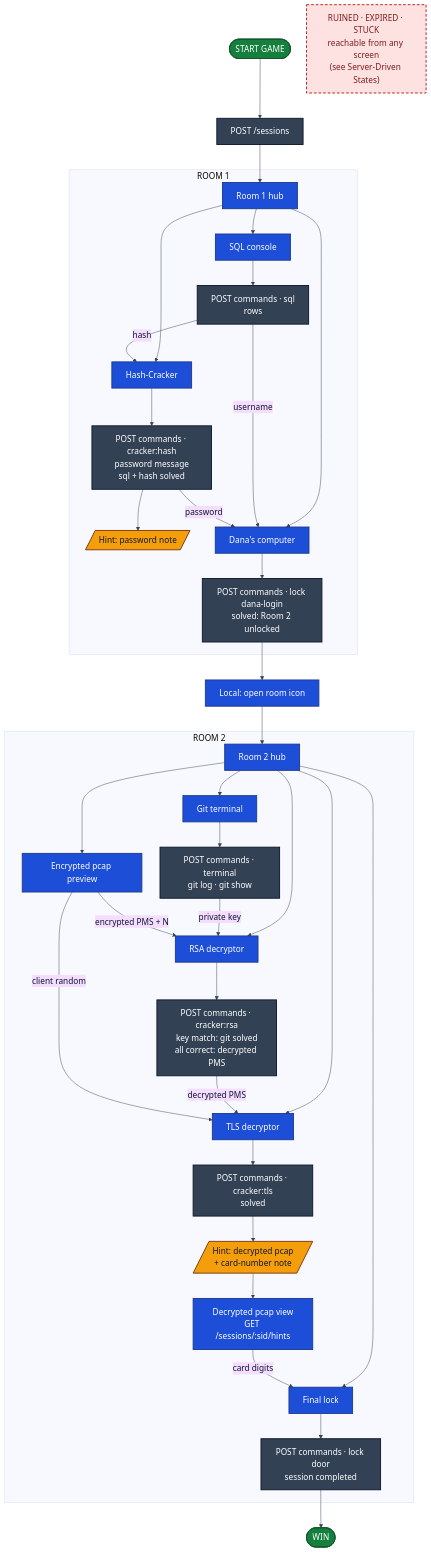
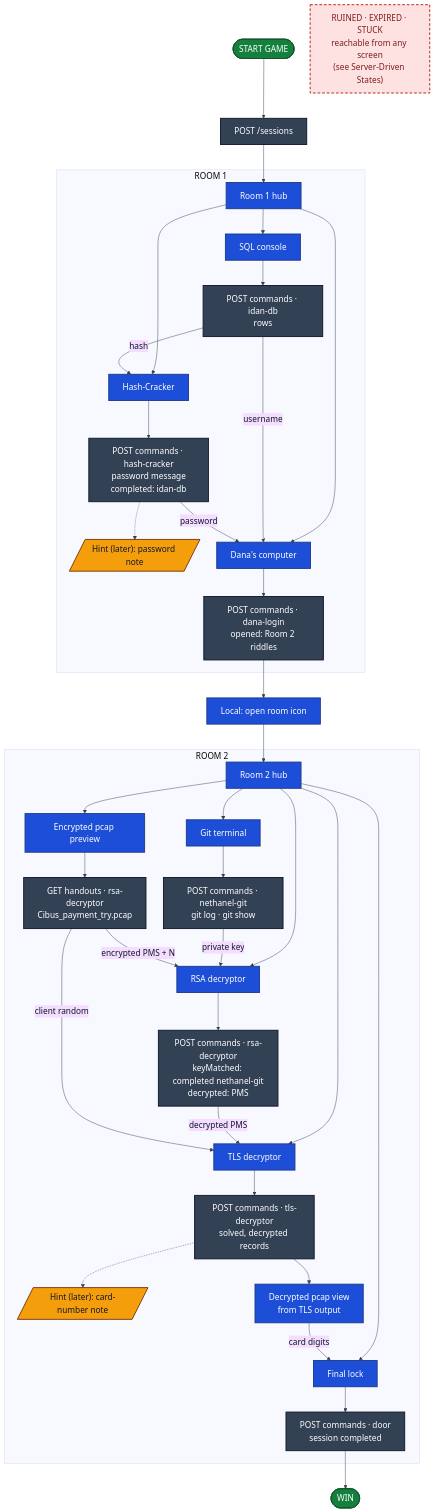
One commit to edenbuky/escapeRoom changed the ninth of 9 diagrams in DESIGN.md. Above: the diagram before and after it, drawn with Mermaid. The commit also changed other lines of this file, not shown here.

First line of the commit message:
Redefine riddles as data over a component factory.

````diff
--- a/DESIGN.md
+++ b/DESIGN.md
@@ -674,71 +812,74 @@
 ```mermaid
 %%{init: {"theme": "base", "themeVariables": {"fontSize": "18px", "fontFamily": "Arial, Helvetica, sans-serif", "lineColor": "#334155", "primaryTextColor": "#0f172a"}, "flowchart": {"nodeSpacing": 35, "rankSpacing": 55, "curve": "basis"}}}%%
 flowchart TB
   START(["START GAME"])
   NEWS["POST /sessions"]
   START --> NEWS --> R1HUB
 
   subgraph ROOM1["ROOM 1"]
     R1HUB["Room 1 hub"]
     SQLC["SQL console"]
-    SQLCALL["POST commands · sql<br/>rows"]
+    SQLCALL["POST commands · idan-db<br/>rows"]
     HASH["Hash-Cracker"]
-    HASHCALL["POST commands · cracker:hash<br/>password message<br/>sql + hash solved"]
-    HINT1[/"Hint: password note"/]
+    HASHCALL["POST commands · hash-cracker<br/>password message<br/>completed: idan-db"]
+    HINT1[/"Hint (later): password note"/]
     LOGIN["Dana's computer"]
-    LOGINCALL["POST commands · lock dana-login<br/>solved: Room 2 unlocked"]
+    LOGINCALL["POST commands · dana-login<br/>opened: Room 2 riddles"]
     R1HUB --> SQLC & HASH & LOGIN
     SQLC --> SQLCALL
     HASH --> HASHCALL
-    HASHCALL --> HINT1
+    HASHCALL -.-> HINT1
     LOGIN --> LOGINCALL
     SQLCALL -- "hash" --> HASH
     SQLCALL -- "username" --> LOGIN
     HASHCALL -- "password" --> LOGIN
   end
 
   OPEN["Local: open room icon"]
   LOGINCALL --> OPEN --> R2HUB
 
   subgraph ROOM2["ROOM 2"]
     R2HUB["Room 2 hub"]
     PCAP["Encrypted pcap preview"]
+    PCAPCALL["GET handouts · rsa-decryptor<br/>Cibus_payment_try.pcap"]
     GIT["Git terminal"]
-    GITCALL["POST commands · terminal<br/>git log · git show"]
+    GITCALL["POST commands · nethanel-git<br/>git log · git show"]
     RSA["RSA decryptor"]
-    RSACALL["POST commands · cracker:rsa<br/>key match: git solved<br/>all correct: decrypted PMS"]
+    RSACALL["POST commands · rsa-decryptor<br/>keyMatched: completed nethanel-git<br/>decrypted: PMS"]
     TLS["TLS decryptor"]
-    TLSCALL["POST commands · cracker:tls<br/>solved"]
-    HINT2[/"Hint: decrypted pcap<br/>+ card-number note"/]
-    DPCAP["Decrypted pcap view<br/>GET /sessions/:sid/hints"]
+    TLSCALL["POST commands · tls-decryptor<br/>solved, decrypted records"]
+    HINT2[/"Hint (later): card-number note"/]
+    DPCAP["Decrypted pcap view<br/>from TLS output"]
     LOCK["Final lock"]
-    LOCKCALL["POST commands · lock door<br/>session completed"]
+    LOCKCALL["POST commands · door<br/>session completed"]
     R2HUB --> PCAP & GIT & RSA & TLS & LOCK
+    PCAP --> PCAPCALL
     GIT --> GITCALL
     RSA --> RSACALL
     TLS --> TLSCALL
-    TLSCALL --> HINT2 --> DPCAP
+    TLSCALL --> DPCAP
+    TLSCALL -.-> HINT2
     LOCK --> LOCKCALL
     GITCALL -- "private key" --> RSA
-    PCAP -- "encrypted PMS + N" --> RSA
+    PCAPCALL -- "encrypted PMS + N" --> RSA
     RSACALL -- "decrypted PMS" --> TLS
-    PCAP -- "client random" --> TLS
+    PCAPCALL -- "client random" --> TLS
     DPCAP -- "card digits" --> LOCK
   end
 
   WIN(["WIN"])
   LOCKCALL --> WIN
 
   NOTE["RUINED · EXPIRED · STUCK<br/>reachable from any screen<br/>(see Server-Driven States)"]
 
   classDef ui fill:#1d4ed8,stroke:#1e3a8a,color:#ffffff,stroke-width:2px
   classDef server fill:#334155,stroke:#0f172a,color:#ffffff,stroke-width:2px
   classDef hint fill:#f59e0b,stroke:#78350f,color:#0f172a,stroke-width:2px
   classDef edge fill:#15803d,stroke:#14532d,color:#ffffff,stroke-width:2px
   classDef note fill:#fee2e2,stroke:#b91c1c,color:#7f1d1d,stroke-width:2px,stroke-dasharray:6 4
   class R1HUB,SQLC,HASH,LOGIN,OPEN,R2HUB,PCAP,GIT,RSA,TLS,DPCAP,LOCK ui
-  class NEWS,SQLCALL,HASHCALL,LOGINCALL,GITCALL,RSACALL,TLSCALL,LOCKCALL server
+  class NEWS,SQLCALL,HASHCALL,LOGINCALL,PCAPCALL,GITCALL,RSACALL,TLSCALL,LOCKCALL server
   class HINT1,HINT2 hint
   class START,WIN edge
   class NOTE note
 ```
````
